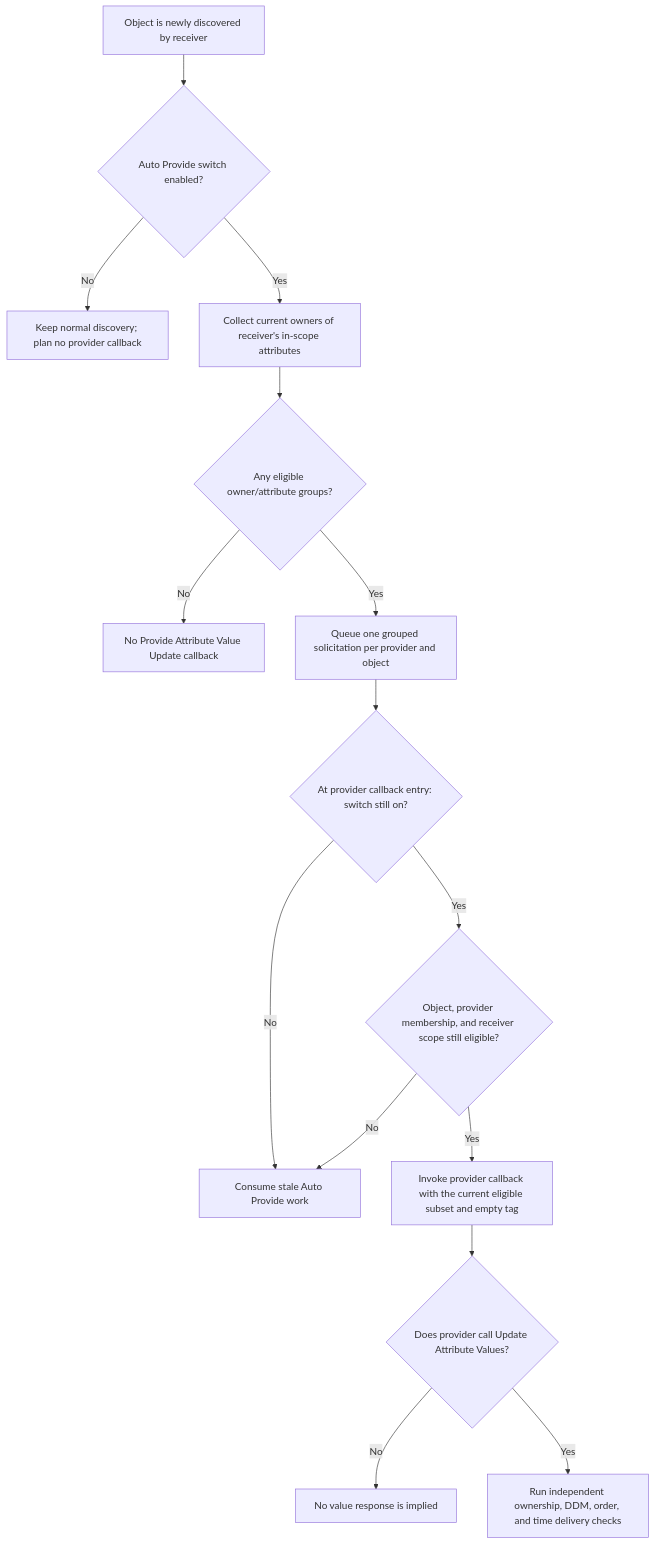
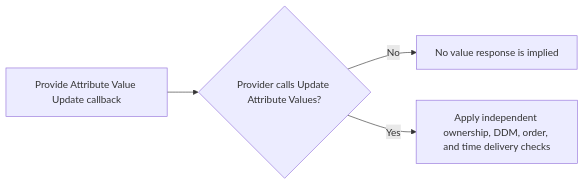
Before and after one commit to sheepfling/umbra: the fourth of 5 diagrams in docs/design/HLA-2025-AUTO-PROVIDE-FLOW-GUIDE.md, drawn with Mermaid. The commit also changed other lines of this file and 39 other files, not shown here.

Commit message:
Document IEEE 1516.1-2025 behavior flows

```diff
--- a/docs/design/HLA-2025-AUTO-PROVIDE-FLOW-GUIDE.md
+++ b/docs/design/HLA-2025-AUTO-PROVIDE-FLOW-GUIDE.md
@@ -197,17 +227,6 @@
 ~~~mermaid
-flowchart TD
-  A[Object is newly discovered by receiver] --> B{Auto Provide switch enabled?}
-  B -->|No| C[Keep normal discovery; plan no provider callback]
-  B -->|Yes| D[Collect current owners of receiver's in-scope attributes]
-  D --> E{Any eligible owner/attribute groups?}
-  E -->|No| F[No Provide Attribute Value Update callback]
-  E -->|Yes| G[Queue one grouped solicitation per provider and object]
-  G --> H{At provider callback entry: switch still on?}
-  H -->|No| I[Consume stale Auto Provide work]
-  H -->|Yes| J{Object, provider membership, and receiver scope still eligible?}
-  J -->|No| I
-  J -->|Yes| K[Invoke provider callback with the current eligible subset and empty tag]
-  K --> L{Does provider call Update Attribute Values?}
-  L -->|No| M[No value response is implied]
-  L -->|Yes| N[Run independent ownership, DDM, order, and time delivery checks]
+flowchart LR
+  A[Provide Attribute Value Update callback] --> B{Provider calls Update Attribute Values?}
+  B -->|No| C[No value response is implied]
+  B -->|Yes| D[Apply independent ownership, DDM, order, and time delivery checks]
 ~~~
```
